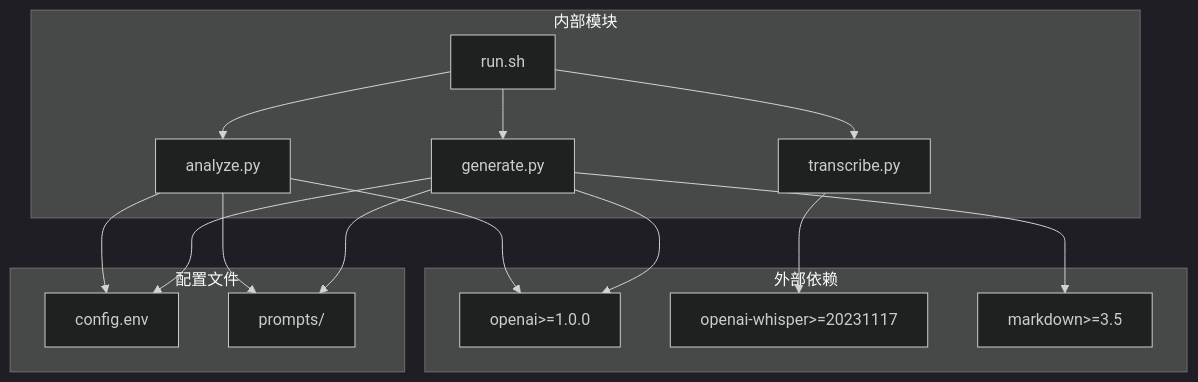
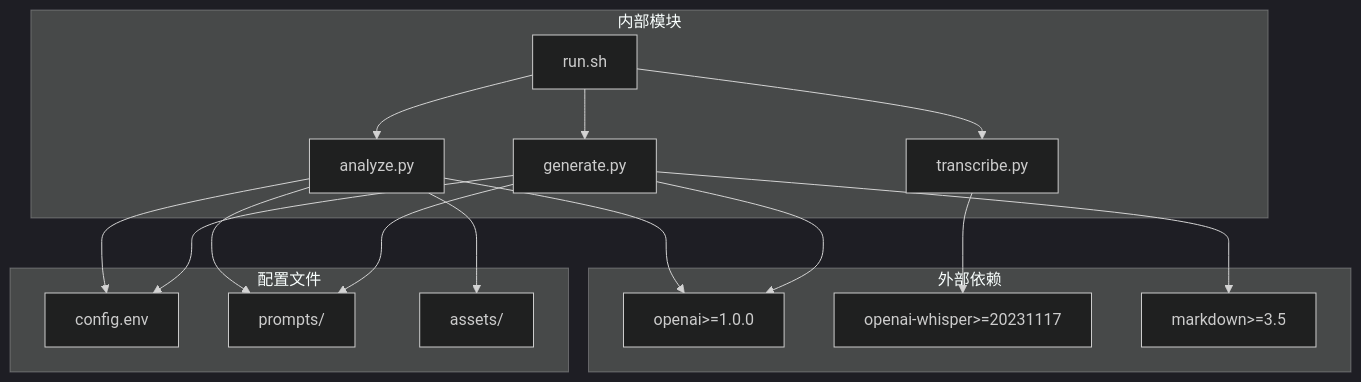
Before and after one commit to WongMingJiu/landingpage-test-hero-page: the seventh of 7 diagrams in .qoder/repowiki/zh/content/核心模块详解/多模态分析模块.md, drawn with Mermaid (dark theme). The commit also changed other lines of this file and 6 other files, not shown here.

````diff
--- a/.qoder/repowiki/zh/content/核心模块详解/多模态分析模块.md
+++ b/.qoder/repowiki/zh/content/核心模块详解/多模态分析模块.md
@@ -365,29 +408,31 @@
 ```mermaid
 graph TB
 subgraph "外部依赖"
 OPENAI[openai>=1.0.0]
 WHISPER[openai-whisper>=20231117]
 MARKDOWN[markdown>=3.5]
 end
 subgraph "内部模块"
 RUNNER[run.sh]
 TRANS[transcribe.py]
 ANALYZE[analyze.py]
 GEN[generate.py]
 end
 subgraph "配置文件"
 ENV[config.env]
 PROMPTS[prompts/]
+ASSETS[assets/]
 end
 RUNNER --> TRANS
 RUNNER --> ANALYZE
 RUNNER --> GEN
 TRANS --> WHISPER
 ANALYZE --> OPENAI
 GEN --> OPENAI
 GEN --> MARKDOWN
 ANALYZE --> ENV
 GEN --> ENV
 ANALYZE --> PROMPTS
+ANALYZE --> ASSETS
 GEN --> PROMPTS
 ```
````
